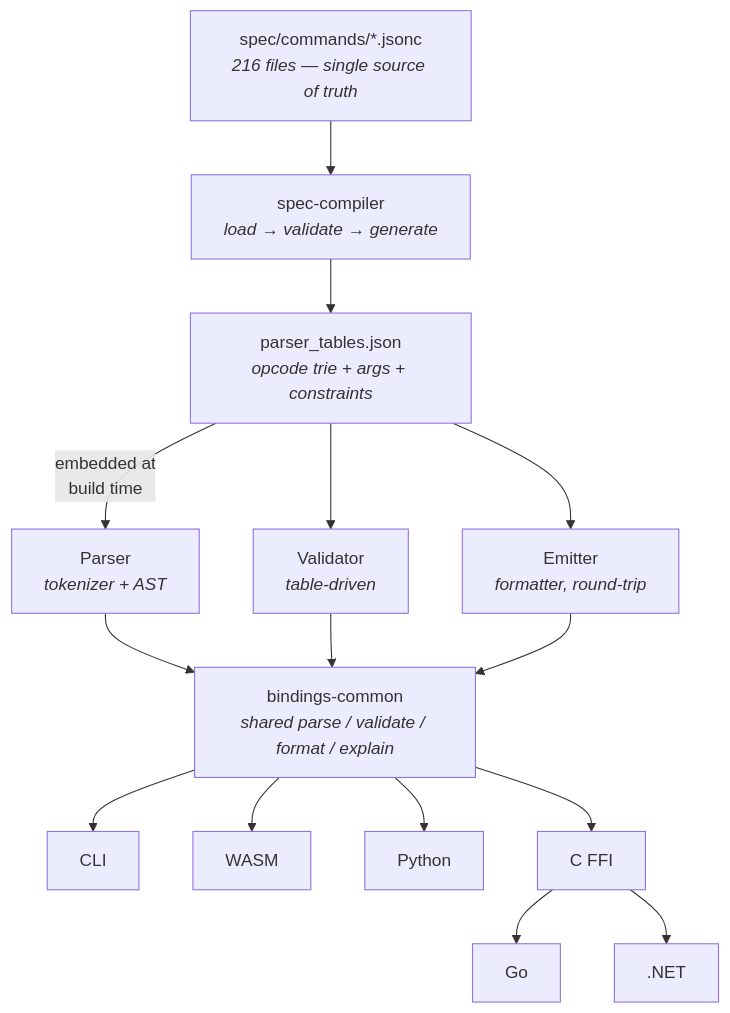
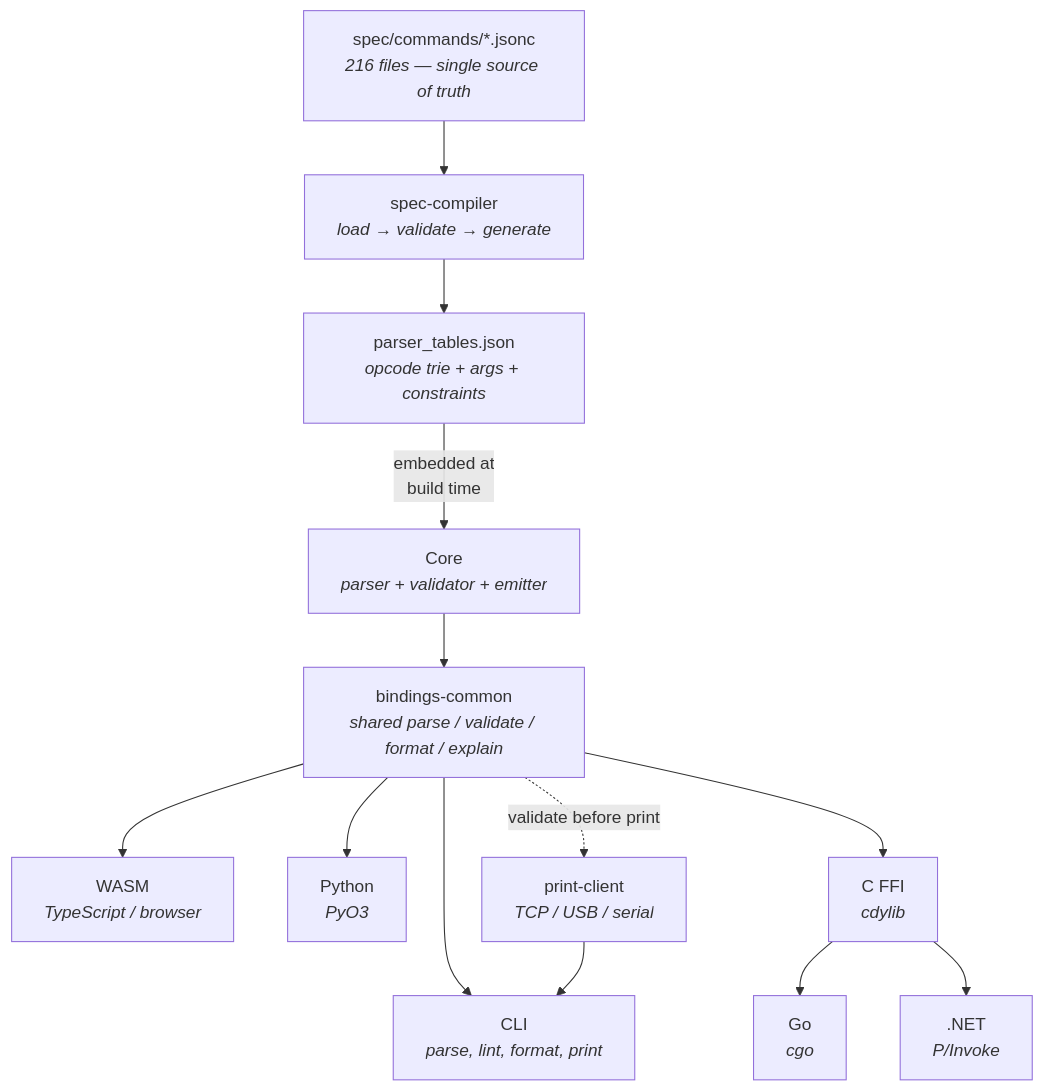
One commit to trevordcampbell/zpl-toolchain changed the diagram in README.md. Above: the diagram before and after it, drawn with Mermaid. The commit also changed other lines of this file and 62 other files, not shown here.

First line of the commit message:
feat: add print client — send ZPL to printers over TCP, USB, and serial

````diff
--- a/README.md
+++ b/README.md
@@ -25,18 +262,17 @@
 ```mermaid
 graph TD
     SPEC["spec/commands/*.jsonc<br/><i>216 files — single source of truth</i>"]
     SPEC --> COMPILER["spec-compiler<br/><i>load → validate → generate</i>"]
     COMPILER --> TABLES["parser_tables.json<br/><i>opcode trie + args + constraints</i>"]
-    TABLES -->|"embedded at<br/>build time"| PARSER["Parser<br/><i>tokenizer + AST</i>"]
-    TABLES --> VALIDATOR["Validator<br/><i>table-driven</i>"]
-    TABLES --> EMITTER["Emitter<br/><i>formatter, round-trip</i>"]
-    PARSER --> COMMON["bindings-common<br/><i>shared parse / validate / format / explain</i>"]
-    VALIDATOR --> COMMON
-    EMITTER --> COMMON
-    COMMON --> CLI["CLI"]
-    COMMON --> WASM["WASM"]
-    COMMON --> PYTHON["Python"]
-    COMMON --> FFI["C FFI"]
-    FFI --> GO["Go"]
-    FFI --> DOTNET[".NET"]
+    TABLES -->|"embedded at<br/>build time"| CORE["Core<br/><i>parser + validator + emitter</i>"]
+    CORE --> COMMON["bindings-common<br/><i>shared parse / validate / format / explain</i>"]
+    COMMON --> CLI["CLI<br/><i>parse, lint, format, print</i>"]
+    COMMON --> WASM["WASM<br/><i>TypeScript / browser</i>"]
+    COMMON --> PYTHON["Python<br/><i>PyO3</i>"]
+    COMMON --> FFI["C FFI<br/><i>cdylib</i>"]
+    FFI --> GO["Go<br/><i>cgo</i>"]
+    FFI --> DOTNET[".NET<br/><i>P/Invoke</i>"]
+    PRINT["print-client<br/><i>TCP / USB / serial</i>"]
+    PRINT --> CLI
+    COMMON -.->|"validate before print"| PRINT
 ```
````
